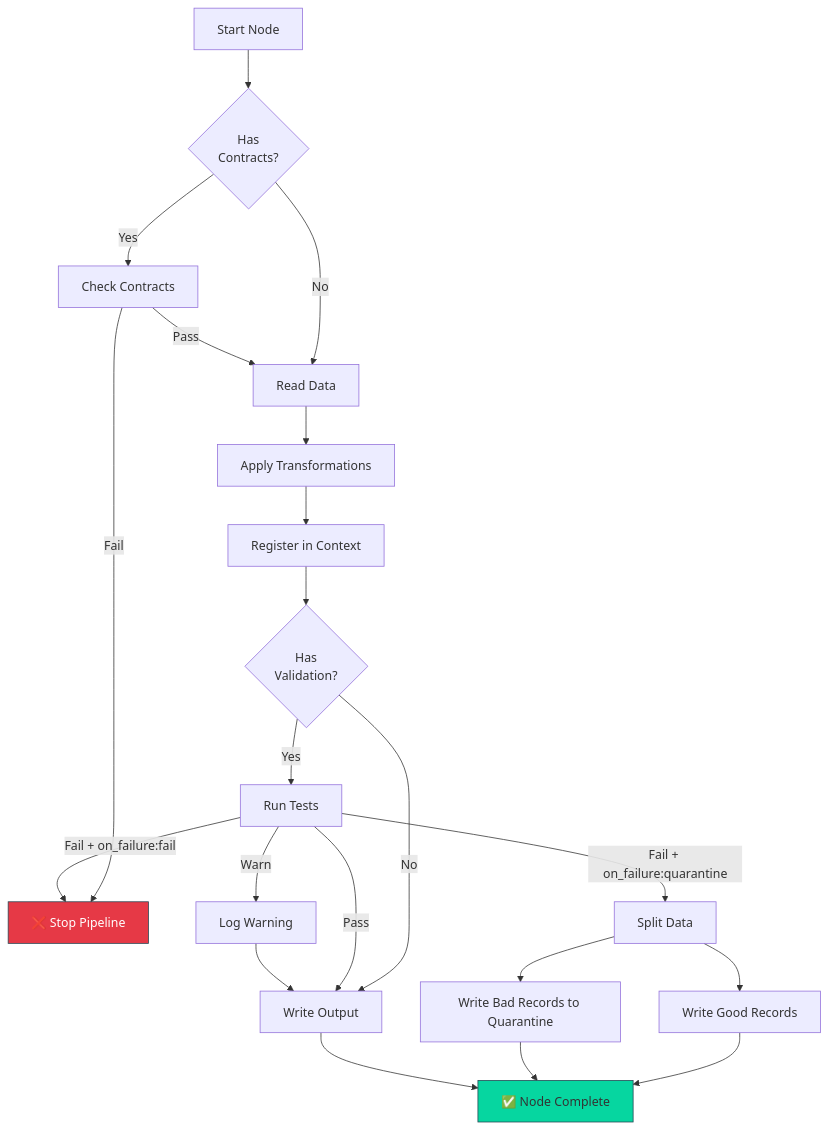
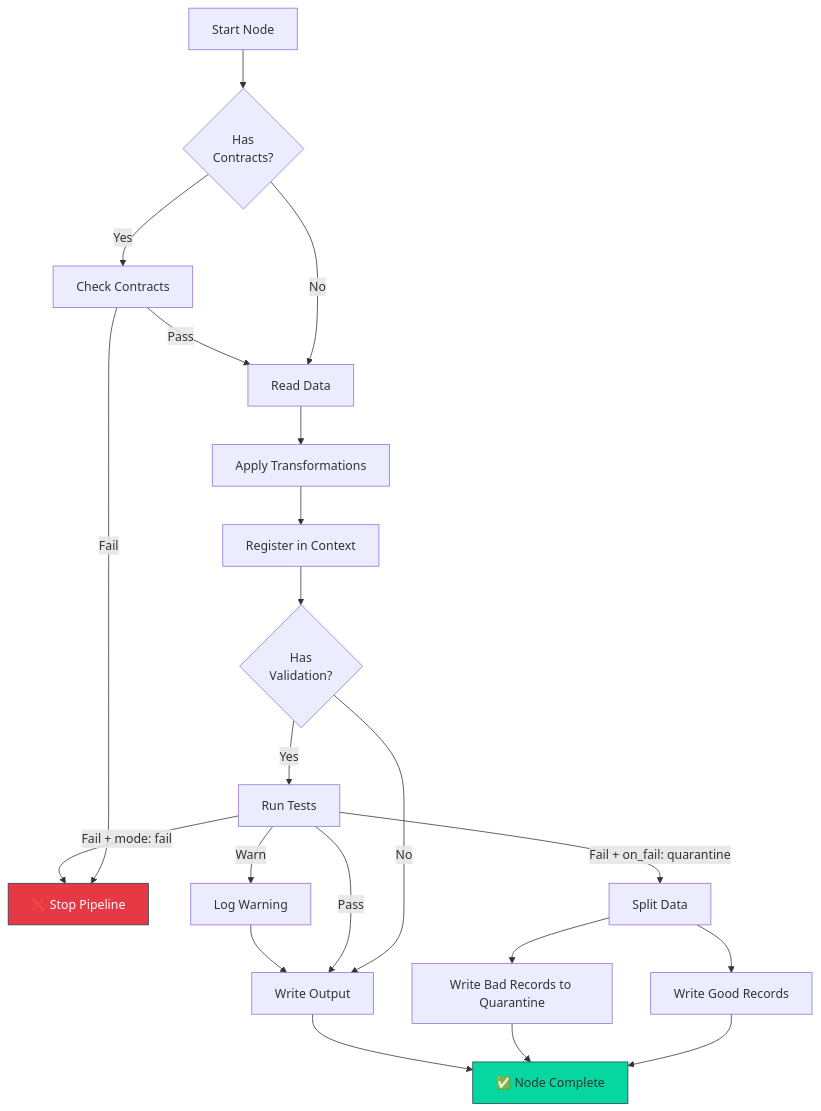
Before and after one commit to henryodibi11/Odibi: the fifth of 8 diagrams in docs/visuals/run_lifecycle.md, drawn with Mermaid. The commit also changed other lines of this file and 103 other files, not shown here.

````diff
--- a/docs/visuals/run_lifecycle.md
+++ b/docs/visuals/run_lifecycle.md
@@ -203,29 +203,29 @@
 ```mermaid
 graph TD
     A[Start Node] --> B{Has<br/>Contracts?}
     B -->|Yes| C[Check Contracts]
     B -->|No| D[Read Data]
     C -->|Fail| Z[❌ Stop Pipeline]
     C -->|Pass| D
     
     D --> E[Apply Transformations]
     E --> F[Register in Context]
     F --> G{Has<br/>Validation?}
     G -->|No| H[Write Output]
     G -->|Yes| I[Run Tests]
     
     I -->|Pass| H
     I -->|Warn| J[Log Warning]
-    I -->|Fail + on_failure:fail| Z
-    I -->|Fail + on_failure:quarantine| K[Split Data]
+    I -->|Fail + mode: fail| Z
+    I -->|Fail + on_fail: quarantine| K[Split Data]
     
     J --> H
     K --> L[Write Good Records]
     K --> M[Write Bad Records to Quarantine]
     L --> N[✅ Node Complete]
     M --> N
     H --> N
     
     style Z fill:#e63946,stroke:#264653,color:#fff
     style N fill:#06d6a0,stroke:#264653,color:#333
 ```
````
